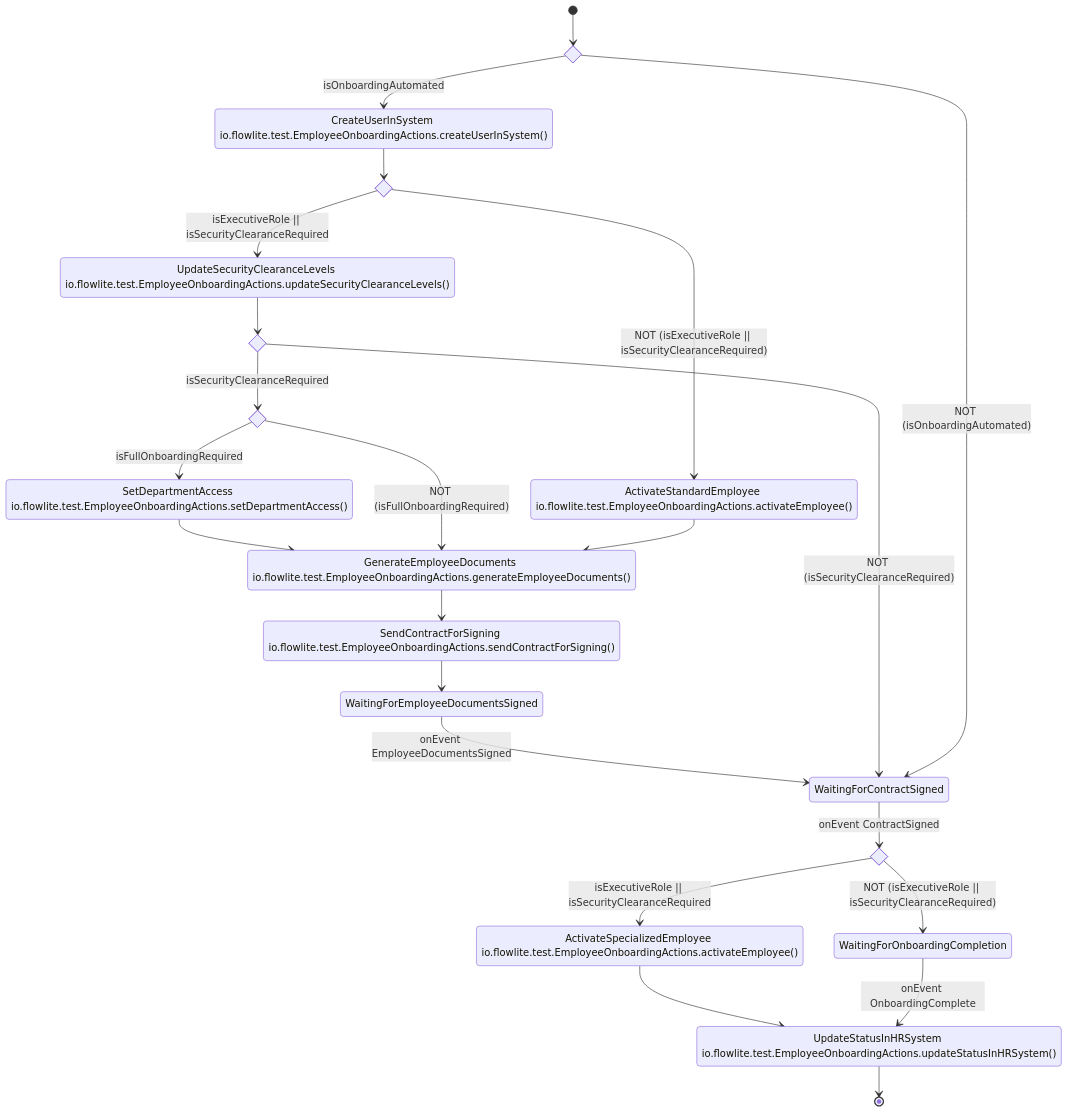
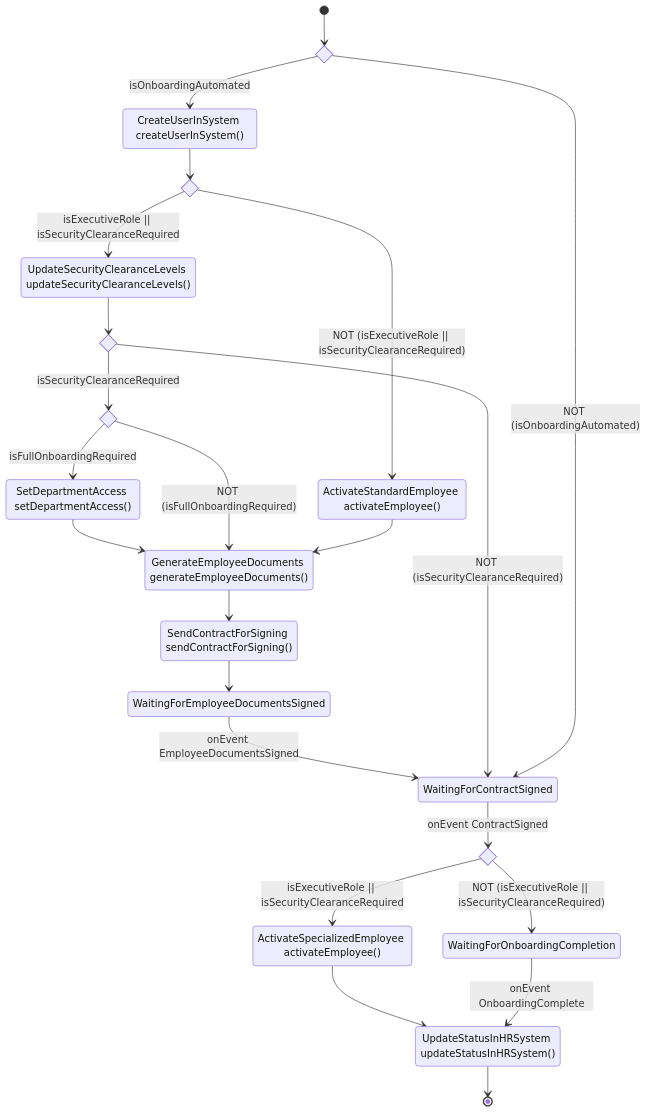
The second of 3 diagrams in README.md (marcingurbisz/flowlite), drawn with Mermaid before and after one commit. The commit also changed other lines of this file and 6 other files, not shown here.

Commit message:
Split flowApi.kt into multiple files for better organization + minor changes

````diff
--- a/README.md
+++ b/README.md
@@ -224,39 +222,39 @@
 ```mermaid
 stateDiagram-v2
     state if_isonboardingautomated <<choice>>
     state if_isexecutiverole_issecurityclearancerequired <<choice>>
     state if_issecurityclearancerequired <<choice>>
     state if_isfullonboardingrequired <<choice>>
     state if_isexecutiverole_issecurityclearancerequired_2 <<choice>>
     [*] --> if_isonboardingautomated
     if_isonboardingautomated --> CreateUserInSystem: isOnboardingAutomated
-    CreateUserInSystem: CreateUserInSystem io.flowlite.test.EmployeeOnboardingActions.createUserInSystem()
+    CreateUserInSystem: CreateUserInSystem createUserInSystem()
     CreateUserInSystem --> if_isexecutiverole_issecurityclearancerequired
     if_isexecutiverole_issecurityclearancerequired --> UpdateSecurityClearanceLevels: isExecutiveRole || isSecurityClearanceRequired
-    UpdateSecurityClearanceLevels: UpdateSecurityClearanceLevels io.flowlite.test.EmployeeOnboardingActions.updateSecurityClearanceLevels()
+    UpdateSecurityClearanceLevels: UpdateSecurityClearanceLevels updateSecurityClearanceLevels()
     UpdateSecurityClearanceLevels --> if_issecurityclearancerequired
     if_issecurityclearancerequired --> if_isfullonboardingrequired: isSecurityClearanceRequired
     if_isfullonboardingrequired --> SetDepartmentAccess: isFullOnboardingRequired
-    SetDepartmentAccess: SetDepartmentAccess io.flowlite.test.EmployeeOnboardingActions.setDepartmentAccess()
+    SetDepartmentAccess: SetDepartmentAccess setDepartmentAccess()
     SetDepartmentAccess --> GenerateEmployeeDocuments
-    GenerateEmployeeDocuments: GenerateEmployeeDocuments io.flowlite.test.EmployeeOnboardingActions.generateEmployeeDocuments()
+    GenerateEmployeeDocuments: GenerateEmployeeDocuments generateEmployeeDocuments()
     GenerateEmployeeDocuments --> SendContractForSigning
-    SendContractForSigning: SendContractForSigning io.flowlite.test.EmployeeOnboardingActions.sendContractForSigning()
+    SendContractForSigning: SendContractForSigning sendContractForSigning()
     SendContractForSigning --> WaitingForEmployeeDocumentsSigned
     WaitingForEmployeeDocumentsSigned --> WaitingForContractSigned: onEvent EmployeeDocumentsSigned
     WaitingForContractSigned --> if_isexecutiverole_issecurityclearancerequired_2: onEvent ContractSigned
     if_isexecutiverole_issecurityclearancerequired_2 --> ActivateSpecializedEmployee: isExecutiveRole || isSecurityClearanceRequired
-    ActivateSpecializedEmployee: ActivateSpecializedEmployee io.flowlite.test.EmployeeOnboardingActions.activateEmployee()
+    ActivateSpecializedEmployee: ActivateSpecializedEmployee activateEmployee()
     ActivateSpecializedEmployee --> UpdateStatusInHRSystem
-    UpdateStatusInHRSystem: UpdateStatusInHRSystem io.flowlite.test.EmployeeOnboardingActions.updateStatusInHRSystem()
+    UpdateStatusInHRSystem: UpdateStatusInHRSystem updateStatusInHRSystem()
     if_isexecutiverole_issecurityclearancerequired_2 --> WaitingForOnboardingCompletion: NOT (isExecutiveRole || isSecurityClearanceRequired)
     WaitingForOnboardingCompletion --> UpdateStatusInHRSystem: onEvent OnboardingComplete
     if_isfullonboardingrequired --> GenerateEmployeeDocuments: NOT (isFullOnboardingRequired)
     if_issecurityclearancerequired --> WaitingForContractSigned: NOT (isSecurityClearanceRequired)
     if_isexecutiverole_issecurityclearancerequired --> ActivateStandardEmployee: NOT (isExecutiveRole || isSecurityClearanceRequired)
-    ActivateStandardEmployee: ActivateStandardEmployee io.flowlite.test.EmployeeOnboardingActions.activateEmployee()
+    ActivateStandardEmployee: ActivateStandardEmployee activateEmployee()
     ActivateStandardEmployee --> GenerateEmployeeDocuments
     if_isonboardingautomated --> WaitingForContractSigned: NOT (isOnboardingAutomated)
     UpdateStatusInHRSystem --> [*]
 
 ```
````
